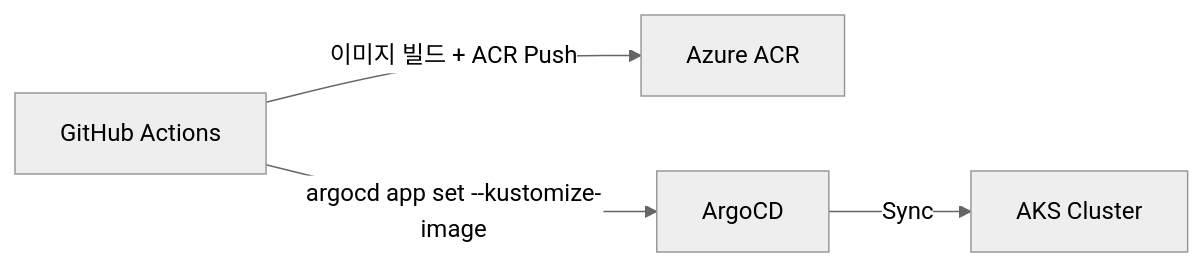
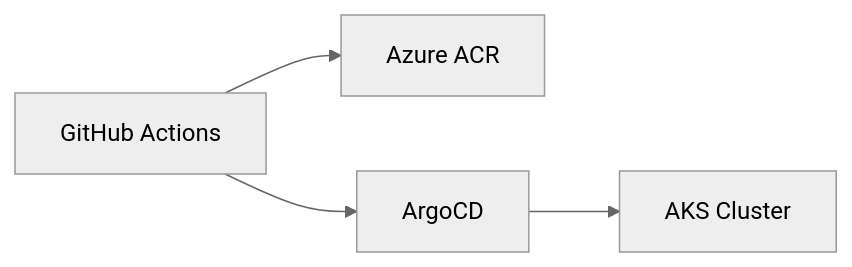
Before and after one commit to neocode24/portfolio: the second of 2 diagrams in src/data/blog/ai-portal-cicd-pipeline.md, drawn with Mermaid (neutral theme). The commit also changed other lines of this file, not shown here.

````diff
--- a/src/data/blog/ai-portal-cicd-pipeline.md
+++ b/src/data/blog/ai-portal-cicd-pipeline.md
@@ -174,6 +157,6 @@
 ```mermaid
 flowchart LR
-    A["GitHub Actions"] -->|"이미지 빌드 + ACR Push"| B["Azure ACR"]
-    A -->|"argocd app set --kustomize-image"| C["ArgoCD"]
-    C -->|"Sync"| D["AKS Cluster"]
+    A["GitHub Actions"] --> B["Azure ACR"]
+    A --> C["ArgoCD"]
+    C --> D["AKS Cluster"]
 ```
````
